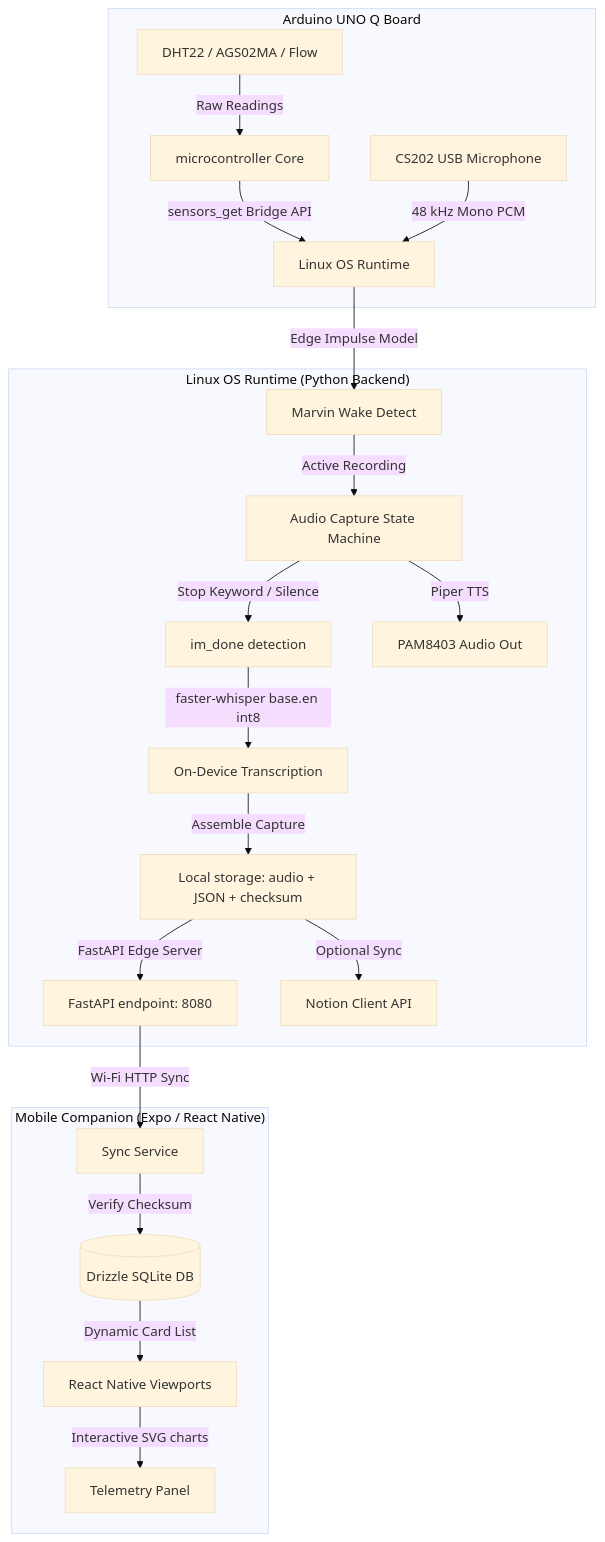
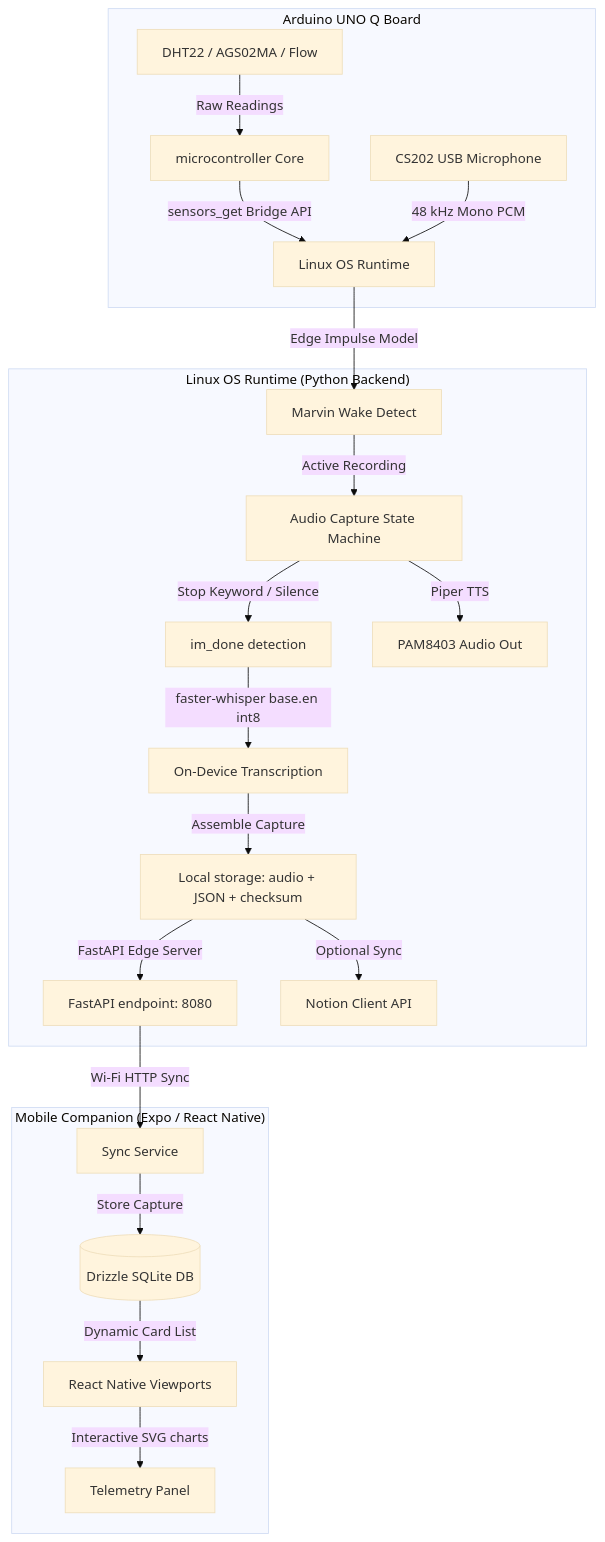
Before and after one commit to dharanova-code/vaha: the diagram in README.md, drawn with Mermaid (base theme). The commit also changed other lines of this file and 2 other files, not shown here.

````diff
--- a/README.md
+++ b/README.md
@@ -78,26 +78,26 @@
 ```mermaid
 graph TD
     subgraph UNO_Q ["Arduino UNO Q Board"]
         Sensors["DHT22 / AGS02MA / Flow"] -->|Raw Readings| MCU["microcontroller Core"]
         MCU -->|sensors_get Bridge API| LinuxOS["Linux OS Runtime"]
         Mic["CS202 USB Microphone"] -->|48 kHz Mono PCM| LinuxOS
     end
 
     subgraph Linux_Backend ["Linux OS Runtime (Python Backend)"]
         LinuxOS -->|Edge Impulse Model| VAD["Marvin Wake Detect"]
         VAD -->|Active Recording| AudioLoop["Audio Capture State Machine"]
         AudioLoop -->|Stop Keyword / Silence| StopDetect["im_done detection"]
         StopDetect -->|faster-whisper base.en int8| STT["On-Device Transcription"]
         STT -->|Assemble Capture| Storage["Local storage: audio + JSON + checksum"]
         Storage -->|FastAPI Edge Server| Webserver["FastAPI endpoint: 8080"]
         Storage -->|Optional Sync| Notion["Notion Client API"]
         AudioLoop -->|Piper TTS| Speaker["PAM8403 Audio Out"]
     end
 
     subgraph Mobile_App ["Mobile Companion (Expo / React Native)"]
         Webserver -->|Wi-Fi HTTP Sync| SyncService["Sync Service"]
-        SyncService -->|Verify Checksum| SQLite[("Drizzle SQLite DB")]
+        SyncService -->|Store Capture| SQLite[("Drizzle SQLite DB")]
         SQLite -->|Dynamic Card List| AppUI["React Native Viewports"]
         AppUI -->|Interactive SVG charts| GraphPanel["Telemetry Panel"]
     end
 ```
````
